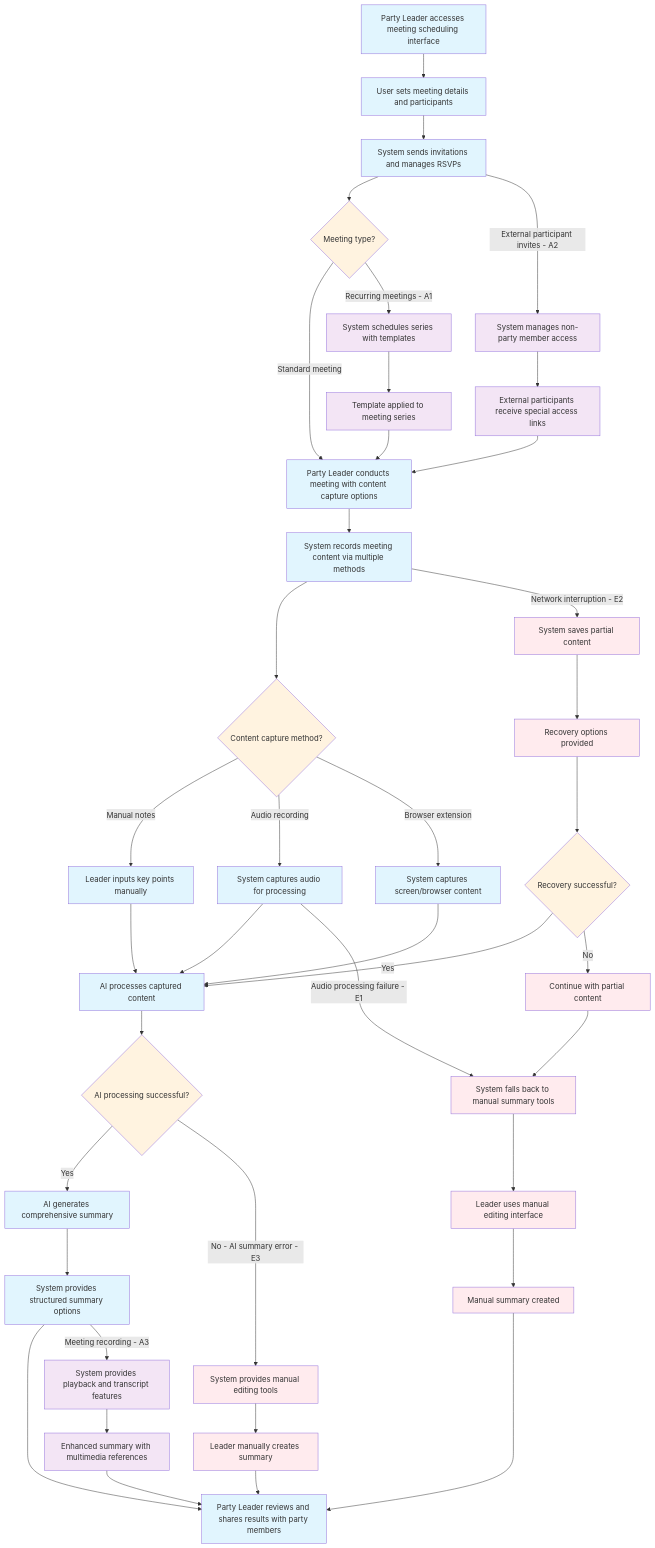
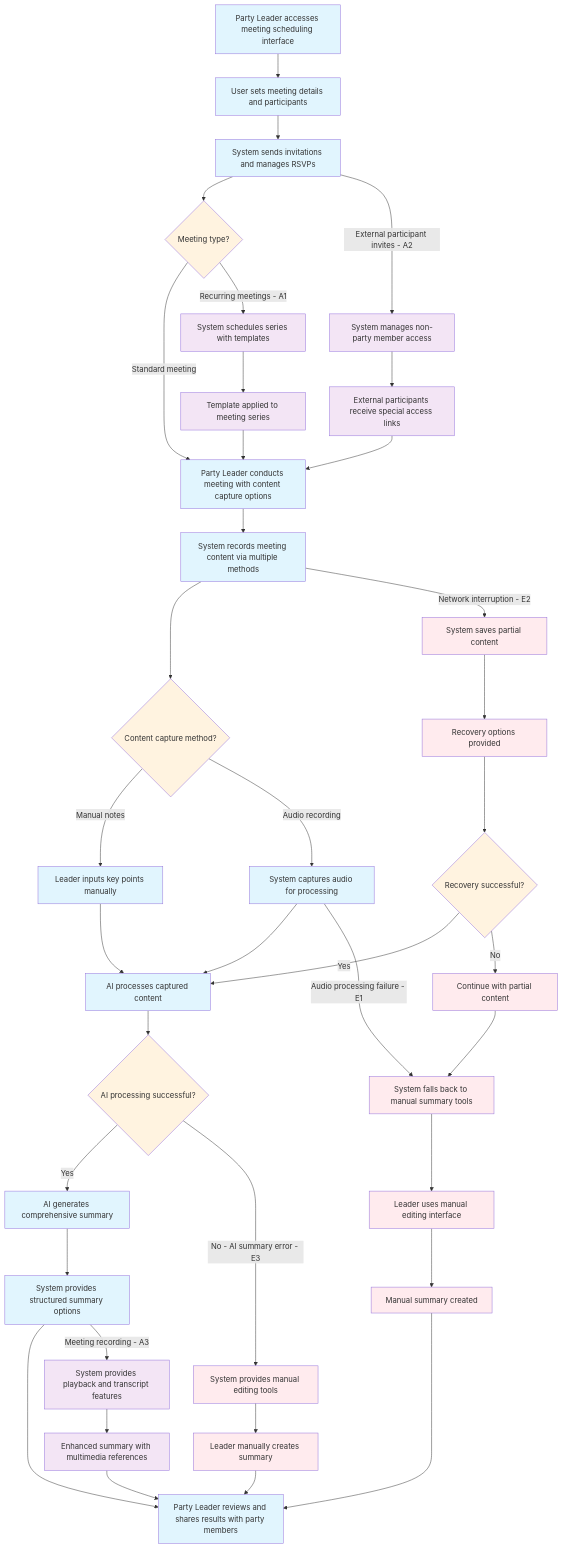
The sixth of 17 diagrams in docs/detailed-use-cases.md (FA25SE050-RogueLearn/RogueLearn.BMAD.Documentation), drawn with Mermaid before and after one commit. The commit also changed other lines of this file, not shown here.

First line of the commit message:
docs(detailed-use-cases): remove browser extension capture method from meeting flow

````diff
--- a/docs/detailed-use-cases.md
+++ b/docs/detailed-use-cases.md
@@ -394,62 +394,60 @@
 ```mermaid
 flowchart TD
     A[Party Leader accesses meeting scheduling interface] --> B[User sets meeting details and participants]
     B --> C[System sends invitations and manages RSVPs]
     C --> D{Meeting type?}
     
     %% Main Success Flow
     D -->|Standard meeting| E[Party Leader conducts meeting with content capture options]
     E --> F[System records meeting content via multiple methods]
     F --> G{Content capture method?}
     G -->|Manual notes| H[Leader inputs key points manually]
     G -->|Audio recording| I[System captures audio for processing]
-    G -->|Browser extension| J[System captures screen/browser content]
     H --> K[AI processes captured content]
     I --> K
-    J --> K
     K --> L{AI processing successful?}
     L -->|Yes| M[AI generates comprehensive summary]
     M --> N[System provides structured summary options]
     N --> O[Party Leader reviews and shares results with party members]
     
     %% Alternative Flows
     D -->|Recurring meetings - A1| P[System schedules series with templates]
     P --> Q[Template applied to meeting series]
     Q --> E
     
     C -->|External participant invites - A2| R[System manages non-party member access]
     R --> S[External participants receive special access links]
     S --> E
     
     N -->|Meeting recording - A3| T[System provides playback and transcript features]
     T --> U[Enhanced summary with multimedia references]
     U --> O
     
     %% Exception Flows
     I -->|Audio processing failure - E1| V[System falls back to manual summary tools]
     V --> W[Leader uses manual editing interface]
     W --> X[Manual summary created]
     X --> O
     
     F -->|Network interruption - E2| Y[System saves partial content]
     Y --> Z[Recovery options provided]
     Z --> AA{Recovery successful?}
     AA -->|Yes| K
     AA -->|No| BB[Continue with partial content]
     BB --> V
     
     L -->|No - AI summary error - E3| CC[System provides manual editing tools]
     CC --> DD[Leader manually creates summary]
     DD --> O
     
     %% Styling
     classDef mainFlow fill:#e1f5fe
     classDef altFlow fill:#f3e5f5
     classDef excFlow fill:#ffebee
     classDef decision fill:#fff3e0
     
     class A,B,C,E,F,H,I,J,K,M,N,O mainFlow
     class P,Q,R,S,T,U altFlow
     class V,W,X,Y,Z,BB,CC,DD excFlow
     class D,G,L,AA decision
 ```
````
